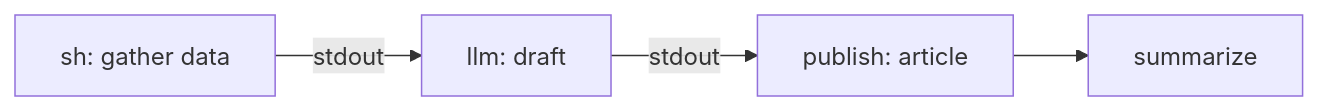
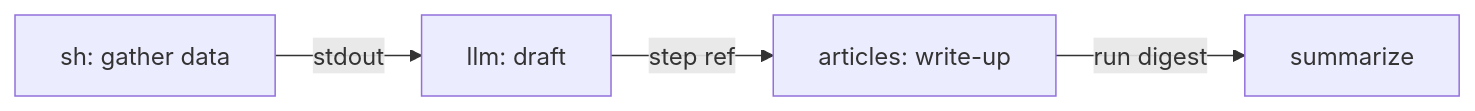
One commit to LeeCheneler/kiri changed the diagram in src/site/docs/content/overview.md. Above: the diagram before and after it, drawn with Mermaid. The commit also changed other lines of this file and 12 other files, not shown here.

````diff
--- a/src/site/docs/content/overview.md
+++ b/src/site/docs/content/overview.md
@@ -30,6 +31,6 @@
 ```mermaid
 flowchart LR
   A[sh: gather data] -->|stdout| B[llm: draft]
-  B -->|stdout| C[publish: article]
-  C --> D[summarize]
+  B -->|step ref| C[articles: write-up]
+  C -->|run digest| D[summarize]
 ```
````
